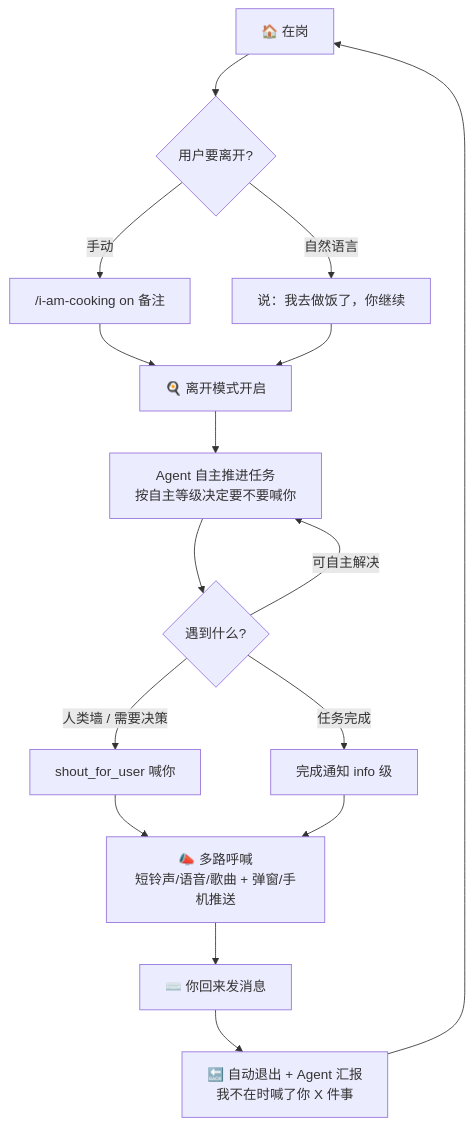
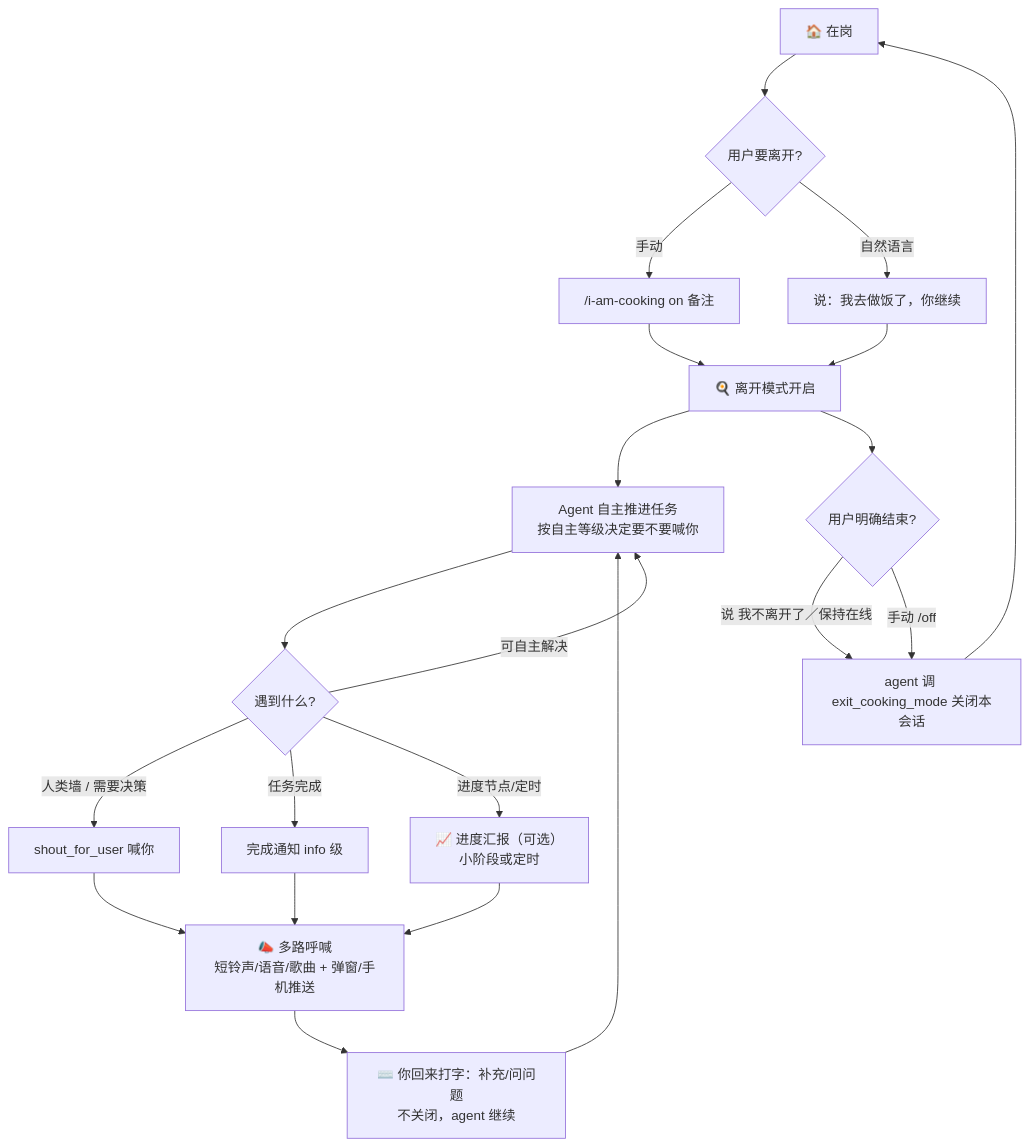
Before and after one commit to Nita121388/i-am-cooking: the diagram in README.md, drawn with Mermaid. The commit also changed other lines of this file and 5 other files, not shown here.

First line of the commit message:
feat: multi-agent independent + exit_cooking_mode + progress reporting + flowchart fix

````diff
--- a/README.md
+++ b/README.md
@@ -35,18 +35,23 @@
 ```mermaid
 flowchart TD
     A[🏠 在岗] --> B{用户要离开?}
     B -->|手动| C["/i-am-cooking on 备注"]
     B -->|自然语言| D["说：我去做饭了，你继续"]
     C --> E[🍳 离开模式开启]
     D --> E
     E --> F[Agent 自主推进任务<br/>按自主等级决定要不要喊你]
     F --> G{遇到什么?}
     G -->|人类墙 / 需要决策| H["shout_for_user 喊你"]
     G -->|任务完成| I["完成通知 info 级"]
     G -->|可自主解决| F
+    G -->|进度节点/定时| P["📈 进度汇报（可选）<br/>小阶段或定时"]
     H --> J[📣 多路呼喊<br/>短铃声/语音/歌曲 + 弹窗/手机推送]
     I --> J
-    J --> K[⌨️ 你回来发消息]
-    K --> L[🔙 自动退出 + Agent 汇报<br/>我不在时喊了你 X 件事]
-    L --> A
+    P --> J
+    J --> K["⌨️ 你回来打字：补充/问问题<br/>不关闭，agent 继续"]
+    K --> F
+    E --> M{用户明确结束?}
+    M -->|说 我不离开了／保持在线| N["agent 调 exit_cooking_mode 关闭本会话"]
+    M -->|手动 /off| N
+    N --> A
 ```
````
